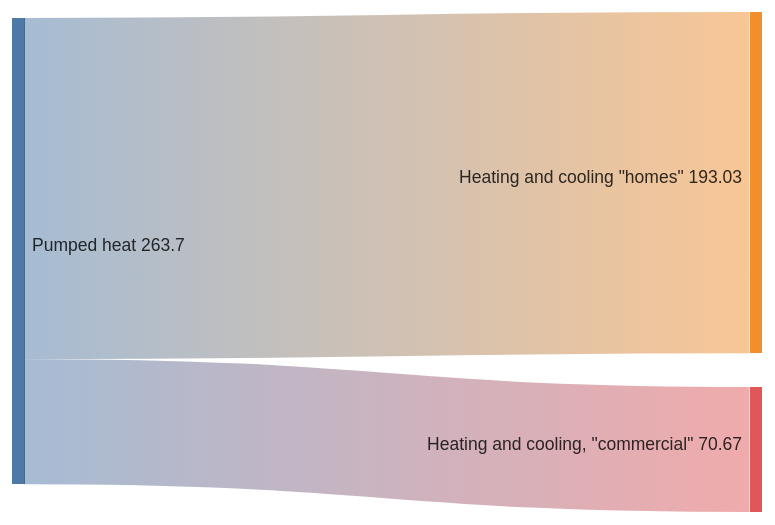
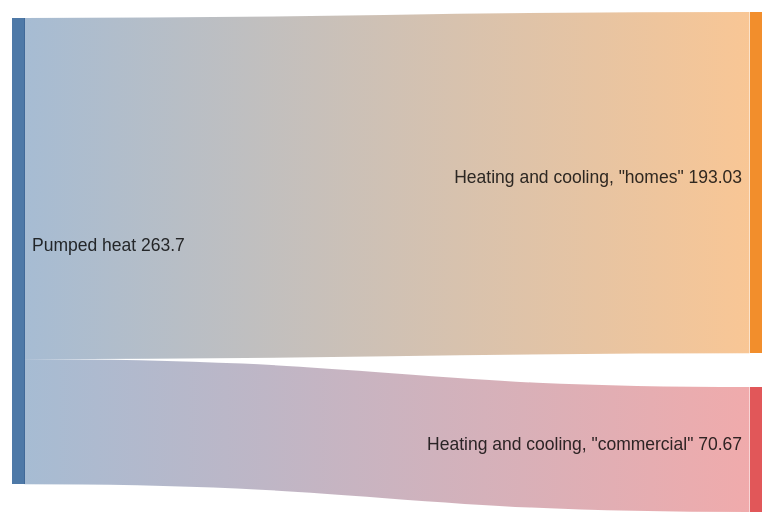
The fifth of 5 diagrams in packages/mermaid/src/docs/syntax/sankey.md (mermaid-js/mermaid), drawn with Mermaid before and after one commit. The commit also changed other lines of this file and 1 other file, not shown here.

````diff
--- a/packages/mermaid/src/docs/syntax/sankey.md
+++ b/packages/mermaid/src/docs/syntax/sankey.md
@@ -227,6 +249,6 @@
 ```mermaid
 sankey-beta
 
-Pumped heat,"Heating and cooling ""homes""",193.026
+Pumped heat,"Heating and cooling, ""homes""",193.026
 Pumped heat,"Heating and cooling, ""commercial""",70.672
 ```
````
